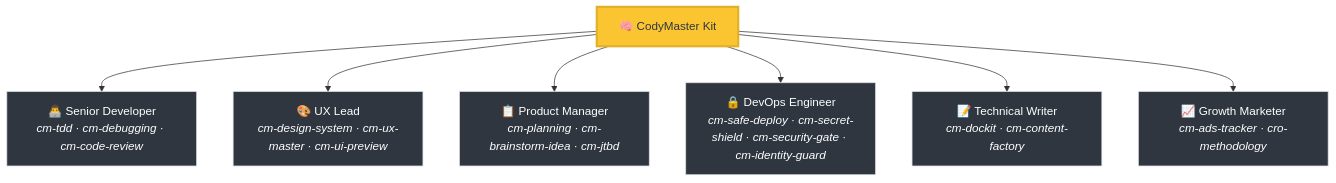
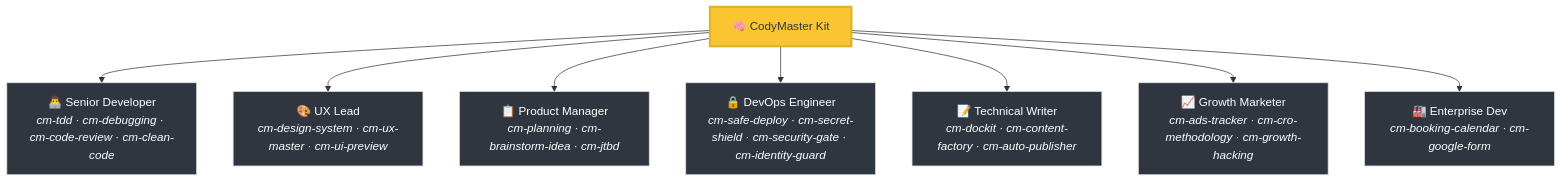
One commit to tody-agent/codymaster changed the first of 3 diagrams in README-vi.md. Above: the diagram before and after it, drawn with Mermaid. The commit also changed other lines of this file and 235 other files, not shown here.

````diff
--- a/README-vi.md
+++ b/README-vi.md
@@ -44,12 +54,13 @@
 ```mermaid
 graph TD
-    A["🧠 CodyMaster Kit"] --> B["👨‍💻 Senior Developer<br/><i>cm-tdd · cm-debugging · cm-code-review</i>"]
+    A["🧠 CodyMaster Kit"] --> B["👨‍💻 Senior Developer<br/><i>cm-tdd · cm-debugging · cm-code-review · cm-clean-code</i>"]
     A --> C["🎨 UX Lead<br/><i>cm-design-system · cm-ux-master · cm-ui-preview</i>"]
     A --> D["📋 Product Manager<br/><i>cm-planning · cm-brainstorm-idea · cm-jtbd</i>"]
     A --> E["🔒 DevOps Engineer<br/><i>cm-safe-deploy · cm-secret-shield · cm-security-gate · cm-identity-guard</i>"]
-    A --> F["📝 Technical Writer<br/><i>cm-dockit · cm-content-factory</i>"]
-    A --> G["📈 Growth Marketer<br/><i>cm-ads-tracker · cro-methodology</i>"]
+    A --> F["📝 Technical Writer<br/><i>cm-dockit · cm-content-factory · cm-auto-publisher</i>"]
+    A --> G["📈 Growth Marketer<br/><i>cm-ads-tracker · cm-cro-methodology · cm-growth-hacking</i>"]
+    A --> H["🏭 Enterprise Dev<br/><i>cm-booking-calendar · cm-google-form</i>"]
     style A fill:#fbc531,stroke:#e1b12c,color:#2f3640,stroke-width:3px
     classDef team fill:#2f3640,stroke:#dcdde1,stroke-width:1px,color:#fff;
-    class B,C,D,E,F,G team;
+    class B,C,D,E,F,G,H team;
 ```
````
